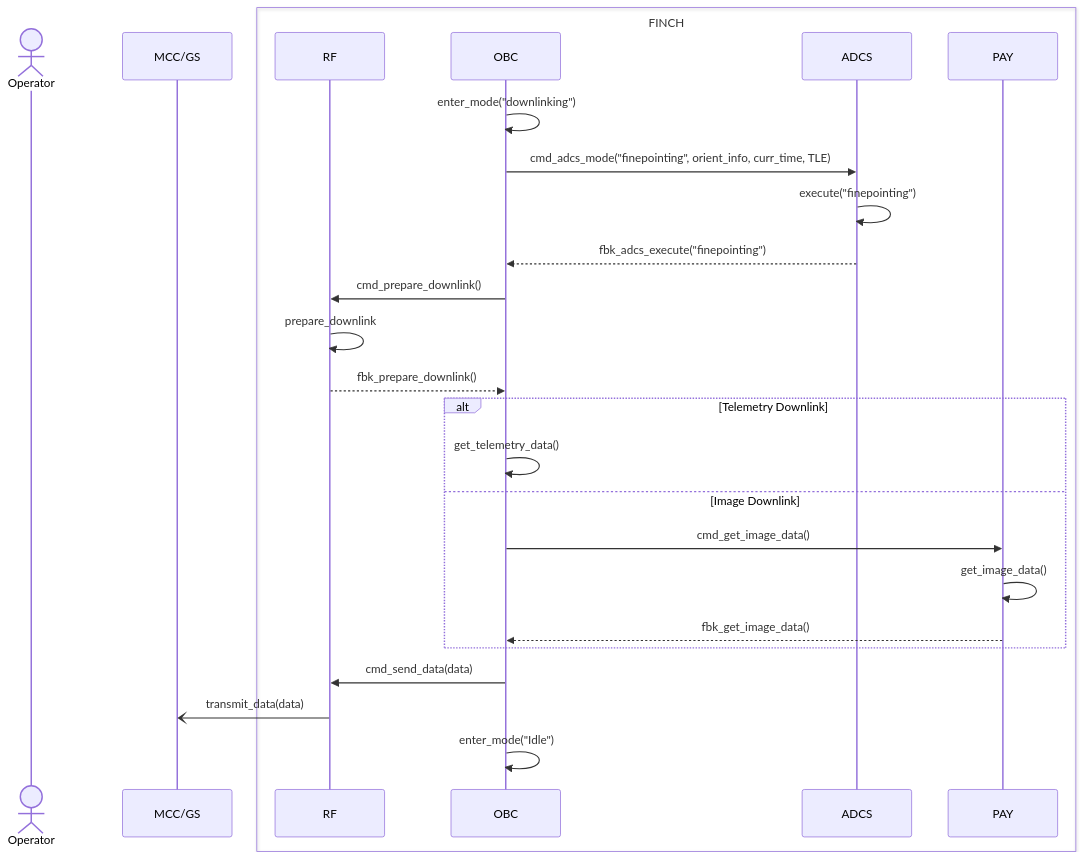
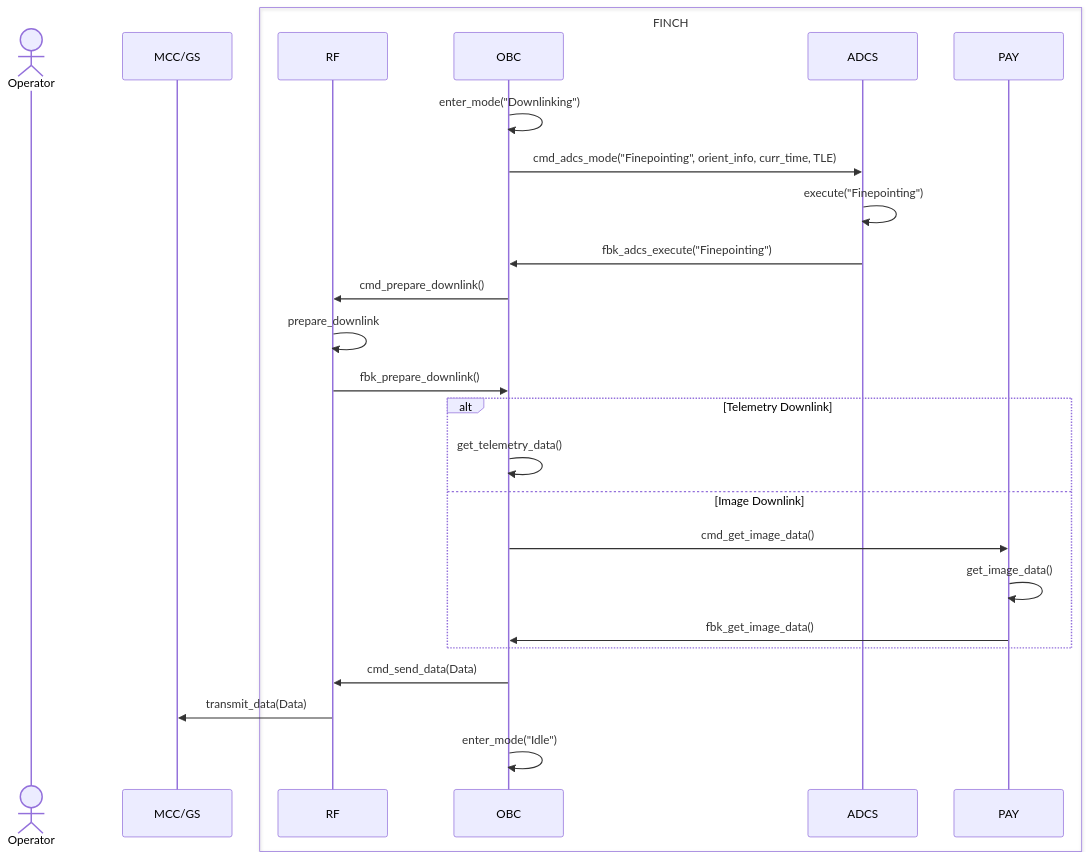
The diagram in command sequences/downlinking-command.md (Addy-lit/FINCH-system-architecture), drawn with Mermaid before and after one commit.

````diff
--- a/command sequences/downlinking-command.md
+++ b/command sequences/downlinking-command.md
@@ -2,37 +2,37 @@
 ```mermaid
 
 sequenceDiagram
 
     actor Operator
     participant MCC/GS
     box FINCH
         participant RF
         participant OBC
         participant ADCS
         participant PAY
     end
 
-    OBC ->> OBC: enter_mode("downlinking")
+    OBC ->> OBC: enter_mode("Downlinking")
 
-    OBC ->> ADCS: cmd_adcs_mode("finepointing", orient_info, curr_time, TLE)
-    ADCS ->> ADCS: execute("finepointing")
-    ADCS -->> OBC: fbk_adcs_execute("finepointing")
+    OBC ->> ADCS: cmd_adcs_mode("Finepointing", orient_info, curr_time, TLE)
+    ADCS ->> ADCS: execute("Finepointing")
+    ADCS ->> OBC: fbk_adcs_execute("Finepointing")
 
     OBC ->> RF: cmd_prepare_downlink()
     RF ->> RF: prepare_downlink
-    RF -->> OBC: fbk_prepare_downlink()
+    RF ->> OBC: fbk_prepare_downlink()
 
     alt Telemetry Downlink
         OBC ->> OBC: get_telemetry_data()
     else Image Downlink
 
         OBC ->> PAY: cmd_get_image_data()
         PAY ->> PAY: get_image_data()
-        PAY -->> OBC: fbk_get_image_data()
+        PAY ->> OBC: fbk_get_image_data()
     end
 
-    OBC ->> RF: cmd_send_data(data)
-    RF -) MCC/GS: transmit_data(data)
+    OBC ->> RF: cmd_send_data(Data)
+    RF ->> MCC/GS: transmit_data(Data)
 
     OBC ->> OBC: enter_mode("Idle")
 ```
````
